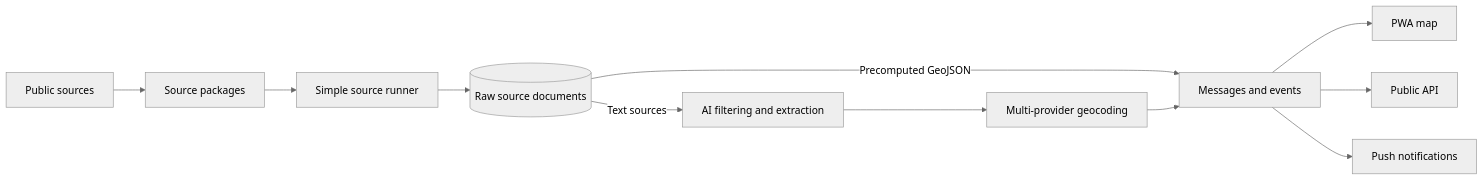
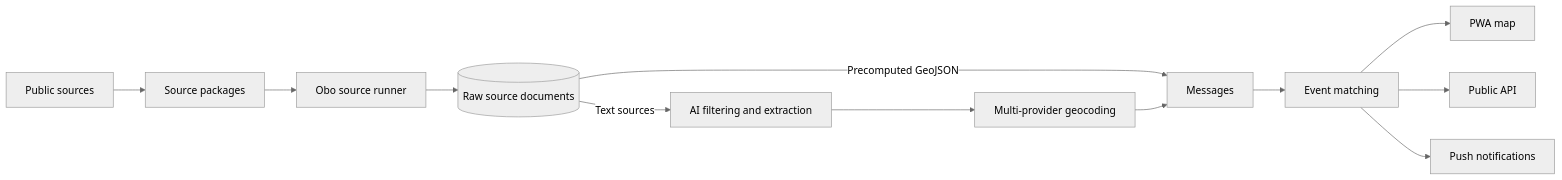
One commit to oboapp/oboapp changed the diagram in README.md. Above: the diagram before and after it, drawn with Mermaid (neutral theme). The commit also changed other lines of this file and 7 other files, not shown here.

````diff
--- a/README.md
+++ b/README.md
@@ -37,13 +37,14 @@
 ```mermaid
 flowchart LR
 	sources[Public sources] --> packaged[Source packages]
-	packaged --> runner[Simple source runner]
+	packaged --> runner[Obo source runner]
 	runner --> raw[(Raw source documents)]
 	raw -->|Text sources| ingest[AI filtering and extraction]
-	raw -->|Precomputed GeoJSON| events
+	raw -->|Precomputed GeoJSON| messages[Messages]
 	ingest --> geocoding[Multi-provider geocoding]
-	geocoding --> events[Messages and events]
+	geocoding --> messages
+	messages --> events[Event matching]
 	events --> web[PWA map]
 	events --> api[Public API]
 	events --> notifications[Push notifications]
 ```
````
